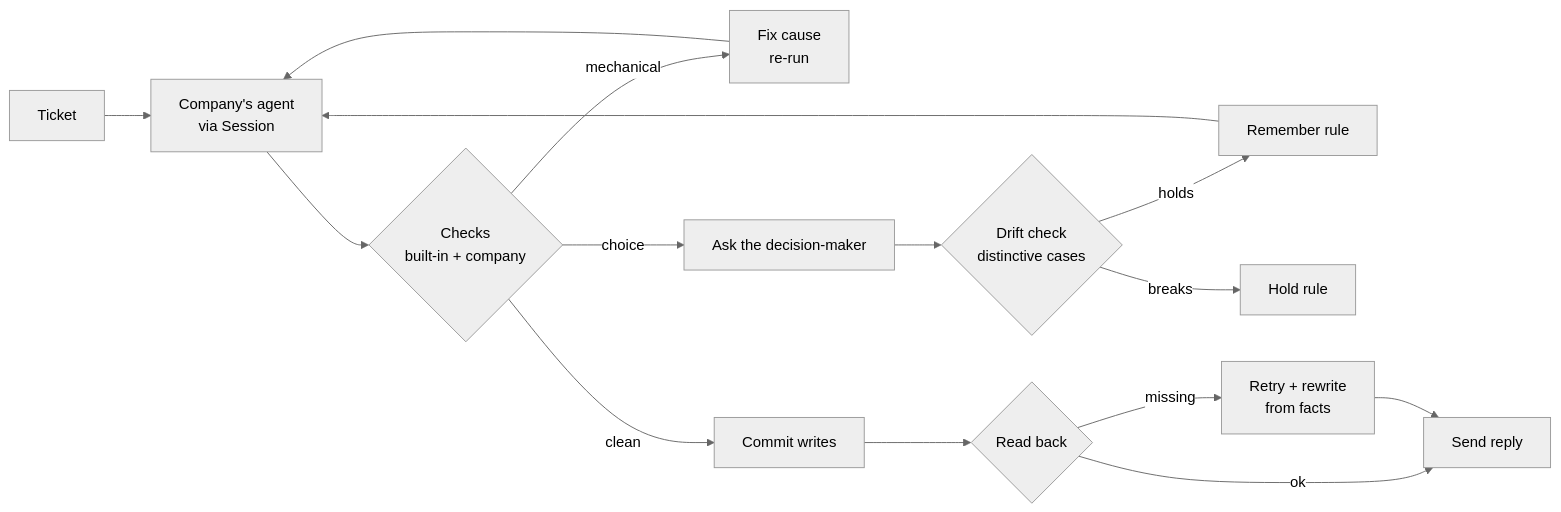
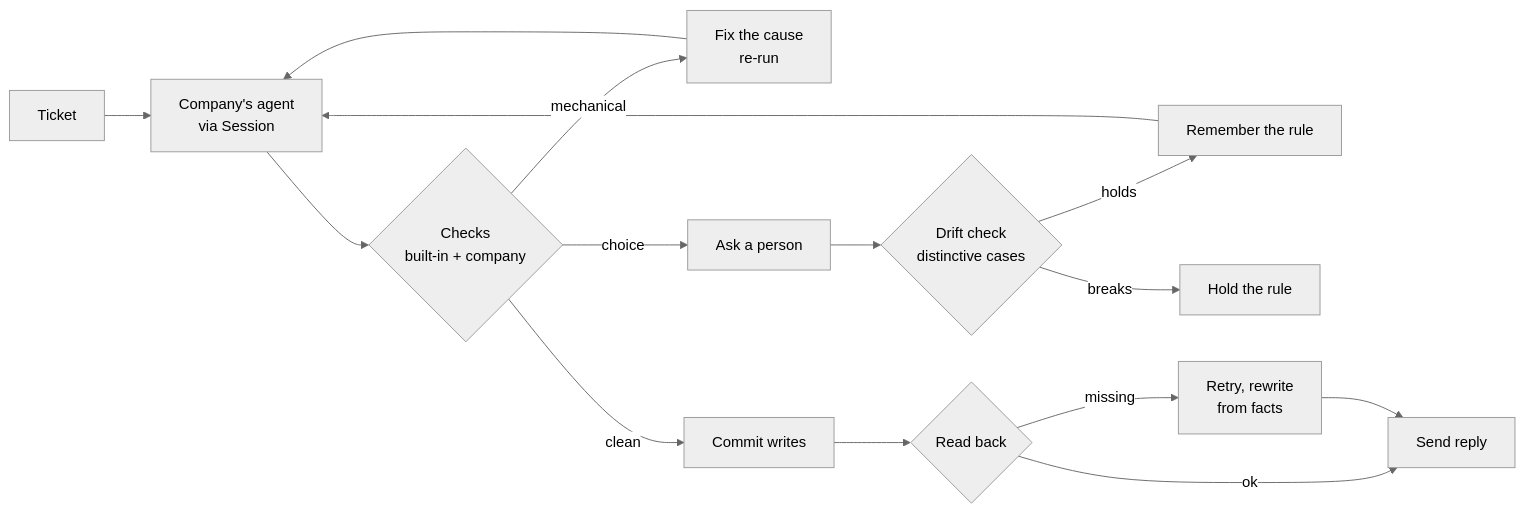
The diagram in README.md (Saber1Y/Once), drawn with Mermaid (neutral theme) before and after one commit. The commit also changed other lines of this file, not shown here.

First line of the commit message:
docs: rewrite README with the T-102 story, integration guide and Entire graph audit

````diff
--- a/README.md
+++ b/README.md
@@ -166,17 +131,17 @@
 ```mermaid
 flowchart LR
     T[Ticket] --> A[Company's agent<br/>via Session]
     A --> C{Checks<br/>built-in + company}
-    C -- mechanical --> F[Fix cause<br/>re-run]
+    C -- mechanical --> F[Fix the cause<br/>re-run]
     F --> A
-    C -- choice --> Q[Ask the decision-maker]
+    C -- choice --> Q[Ask a person]
     Q --> D{Drift check<br/>distinctive cases}
-    D -- holds --> M[Remember rule]
-    D -- breaks --> H[Hold rule]
+    D -- holds --> M[Remember the rule]
+    D -- breaks --> H[Hold the rule]
     M --> A
     C -- clean --> K[Commit writes]
     K --> V{Read back}
-    V -- missing --> R[Retry + rewrite<br/>from facts]
+    V -- missing --> R[Retry, rewrite<br/>from facts]
     V -- ok --> S[Send reply]
     R --> S
 ```
````
